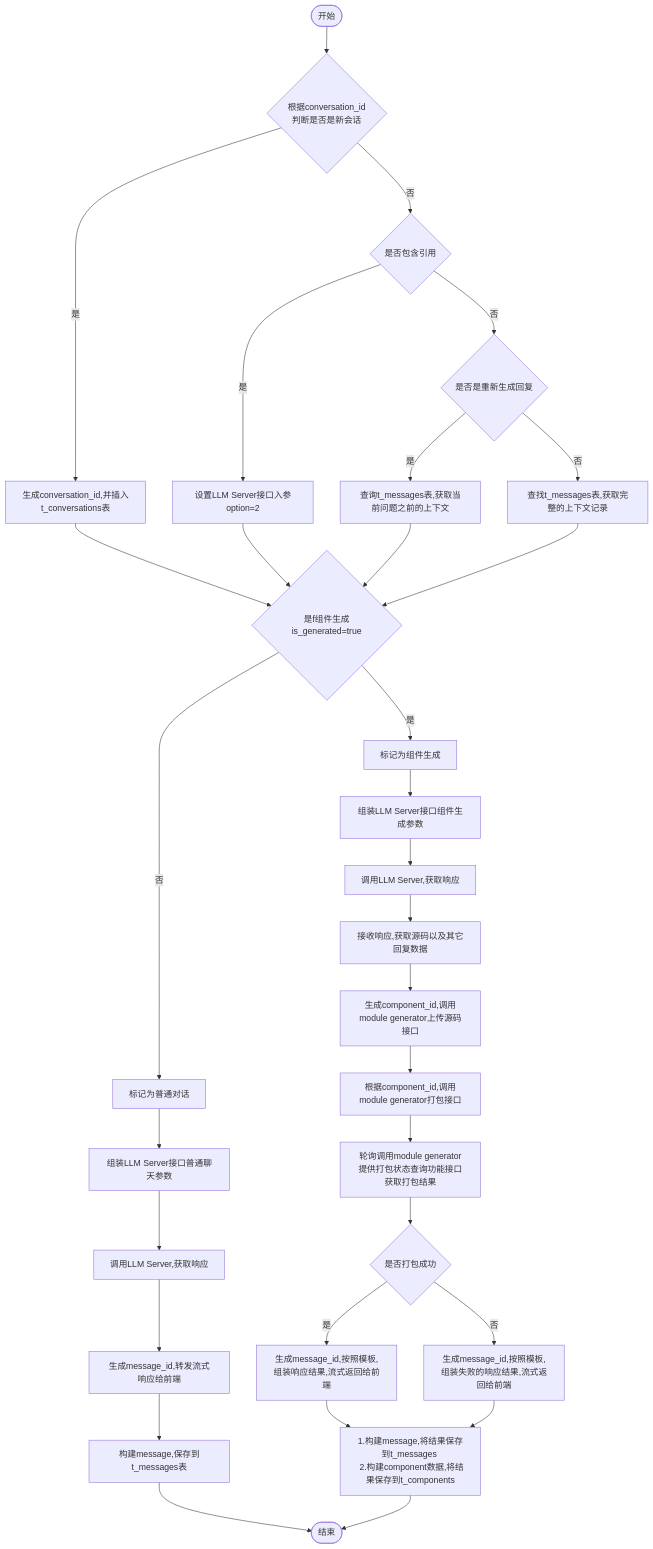
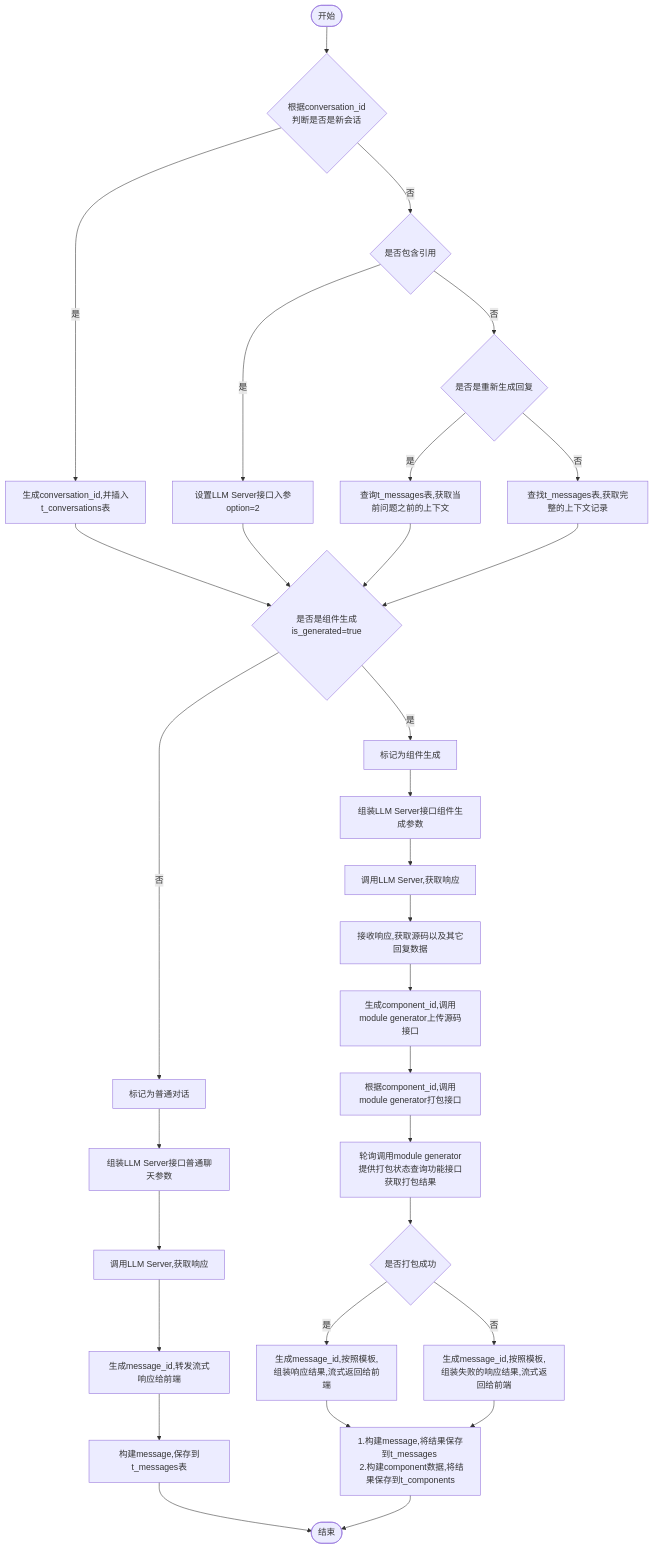
Before and after one commit to yingjianzh/iodraw-files: the diagram in all/w3-会话-不需要传递message.md, drawn with Mermaid.

Commit message:
2024-10-14 11:07:23 update

````diff
--- a/all/w3-会话-不需要传递message.md
+++ b/all/w3-会话-不需要传递message.md
@@ -1,35 +1,35 @@
 ```mermaid
 flowchart TD
     A([开始]) --> B{根据conversation_id \n 判断是否是新会话}
     B -- 是 --> C[生成conversation_id,并插入t_conversations表]
     B -- 否 --> D{是否包含引用}
     D -- 是 --> E[设置LLM Server接口入参option=2]
     D -- 否 --> F{是否是重新生成回复}
     F -- 是 --> G[查询t_messages表,获取当前问题之前的上下文]
     F -- 否 --> H[查找t_messages表,获取完整的上下文记录]
      
-    C & E & G & H --> I{是f组件生成is_generated=true}
+    C & E & G & H --> I{是否是组件生成is_generated=true}
     I -- 是 --> J[标记为组件生成]
     I -- 否 --> K[标记为普通对话]
 
 
     J --> L[组装LLM Server接口组件生成参数]    
     K --> M[组装LLM Server接口普通聊天参数]    
     M --> N[调用LLM Server,获取响应]    
     N --> O[生成message_id,转发流式响应给前端]
     O --> P[构建message,保存到t_messages表]
     P --> R([结束])
 
 
     L --> S[调用LLM Server,获取响应]
     S --> T[接收响应,获取源码以及其它回复数据]
     T --> U[生成component_id,调用module generator上传源码接口]
     U --> V[根据component_id,调用module generator打包接口]
     V --> W[轮询调用module generator提供打包状态查询功能接口获取打包结果]
     W --> X{是否打包成功}
     X -- 是 --> Y[生成message_id,按照模板,组装响应结果,流式返回给前端]
     X -- 否 --> Z[生成message_id,按照模板,组装失败的响应结果,流式返回给前端]
 
     Y & Z --> Result[1.构建message,将结果保存到t_messages \n 2.构建component数据,将结果保存到t_components]
     Result --> R
 ```
````
